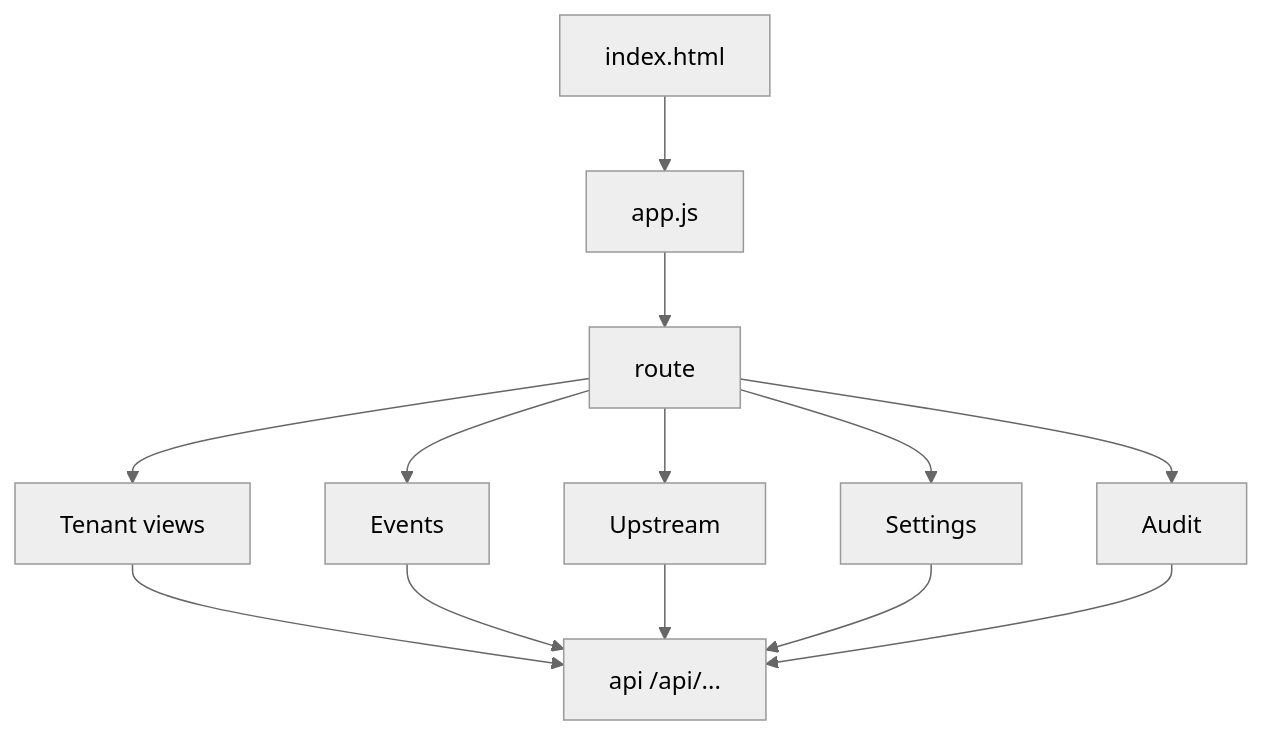
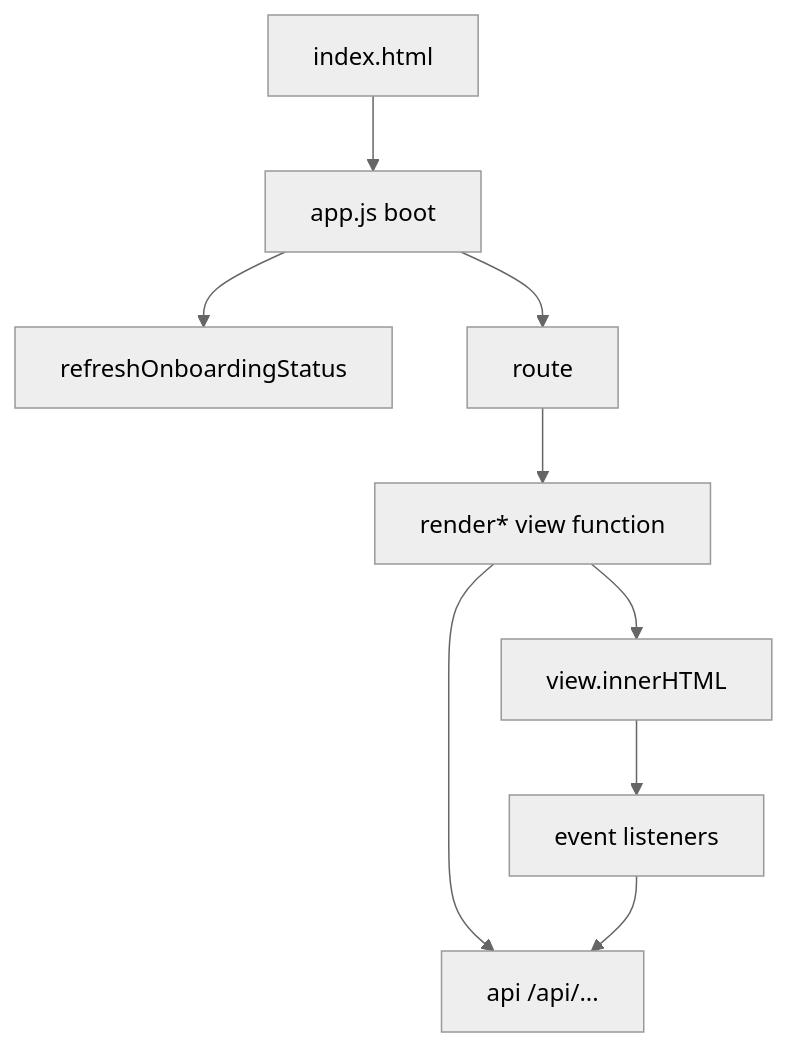
Before and after one commit to DailenG/CheckDeployManager: the diagram in docs/wiki/management-ui.md, drawn with Mermaid (neutral theme). The commit also changed other lines of this file and 14 other files, not shown here.

````diff
--- a/docs/wiki/management-ui.md
+++ b/docs/wiki/management-ui.md
@@ -17,15 +23,11 @@
 ```mermaid
 flowchart TD
-  A[index.html] --> B[app.js]
-  B --> C[route]
-  C --> D[Tenant views]
-  C --> E[Events]
-  C --> F[Upstream]
-  C --> G[Settings]
-  C --> H[Audit]
-  D --> I[api /api/...]
-  E --> I
-  F --> I
-  G --> I
-  H --> I
+  A[index.html] --> B[app.js boot]
+  B --> C[refreshOnboardingStatus]
+  B --> D[route]
+  D --> E[render* view function]
+  E --> F[api /api/...]
+  E --> G[view.innerHTML]
+  G --> H[event listeners]
+  H --> F
 ```
````
